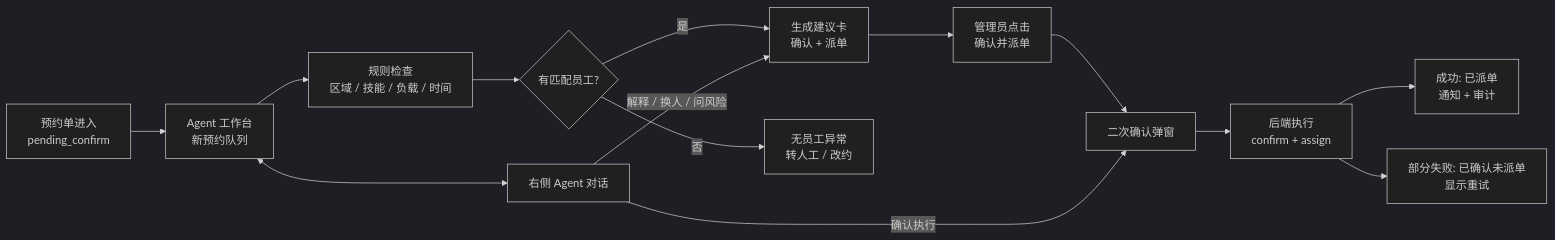
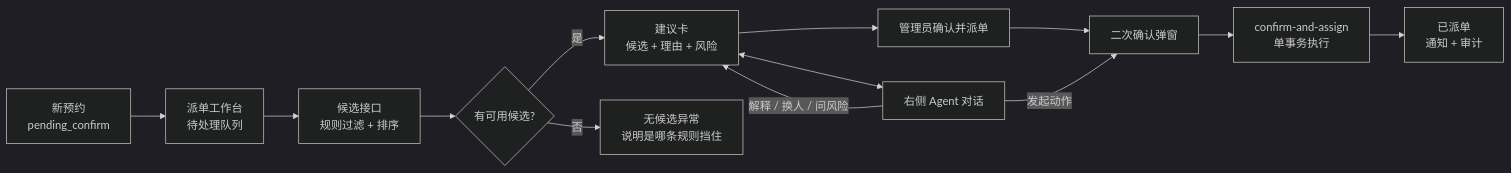
One commit to AbrahamJay/old_carefully changed the diagram in docs/Agent管理端交互图.md. Above: the diagram before and after it, drawn with Mermaid (dark theme). The commit also changed other lines of this file and 52 other files, not shown here.

````diff
--- a/docs/Agent管理端交互图.md
+++ b/docs/Agent管理端交互图.md
@@ -49,17 +59,15 @@
 ```mermaid
 flowchart LR
-  A[预约单进入<br/>pending_confirm] --> B[Agent 工作台<br/>新预约队列]
-  B --> C[规则检查<br/>区域 / 技能 / 负载 / 时间]
-  C --> D{有匹配员工?}
-  D -->|是| E[生成建议卡<br/>确认 + 派单]
-  D -->|否| F[无员工异常<br/>转人工 / 改约]
-  E --> G[管理员点击<br/>确认并派单]
+  A[新预约<br/>pending_confirm] --> B[派单工作台<br/>待处理队列]
+  B --> C[候选接口<br/>规则过滤 + 排序]
+  C --> D{有可用候选?}
+  D -->|是| E[建议卡<br/>候选 + 理由 + 风险]
+  D -->|否| F[无候选异常<br/>说明是哪条规则挡住]
+  E --> G[管理员确认并派单]
   G --> H[二次确认弹窗]
-  H --> I[后端执行<br/>confirm + assign]
-  I --> J[成功: 已派单<br/>通知 + 审计]
-  I --> K[部分失败: 已确认未派单<br/>显示重试]
-
-  B <--> CHAT[右侧 Agent 对话]
+  H --> I[confirm-and-assign<br/>单事务执行]
+  I --> J[已派单<br/>通知 + 审计]
+  E <--> CHAT[右侧 Agent 对话]
   CHAT -->|解释 / 换人 / 问风险| E
-  CHAT -->|确认执行| H
+  CHAT -->|发起动作| H
 ```
````
